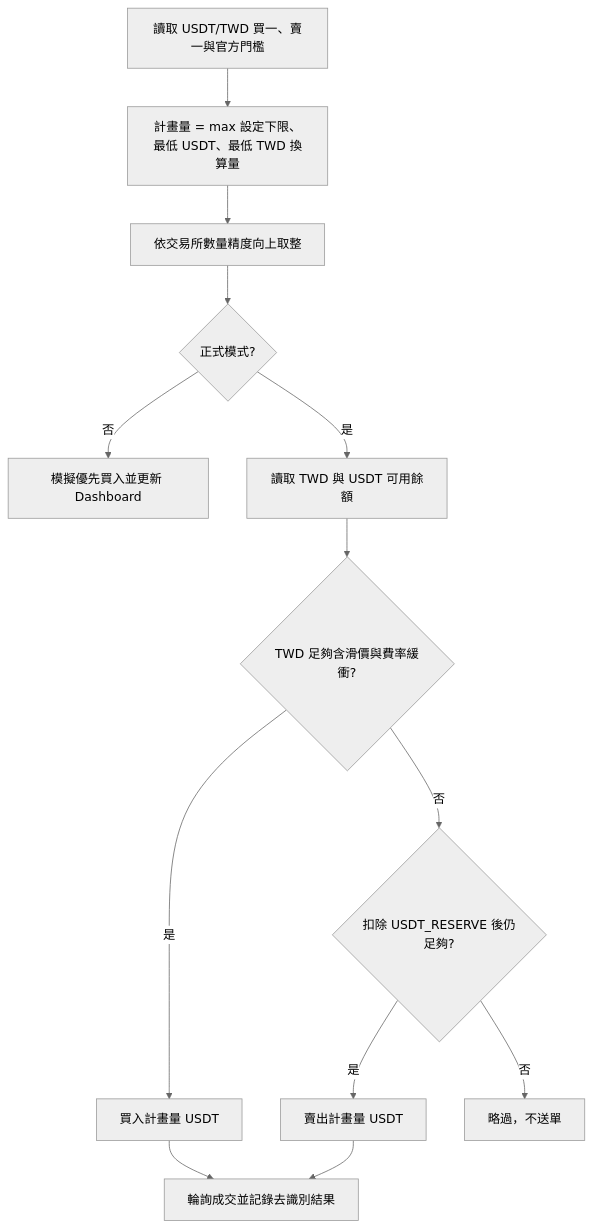
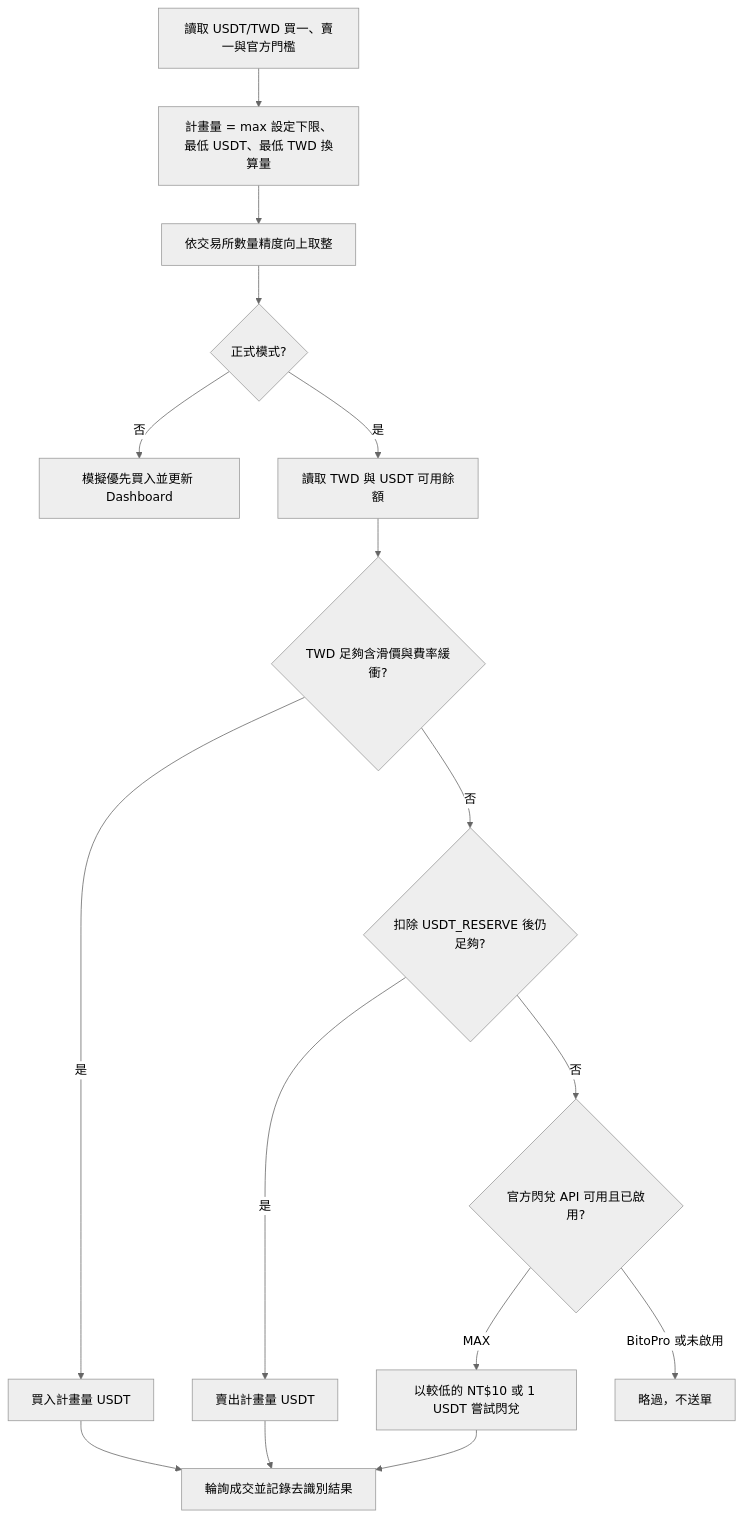
One commit to ChiJiun/usdt-invoice-pulse changed the first of 2 diagrams in README.md. Above: the diagram before and after it, drawn with Mermaid (neutral theme). The commit also changed other lines of this file and 12 other files, not shown here.

````diff
--- a/README.md
+++ b/README.md
@@ -50,15 +51,18 @@
 ```mermaid
 flowchart TD
   A[讀取 USDT/TWD 買一、賣一與官方門檻] --> B[計畫量 = max 設定下限、最低 USDT、最低 TWD 換算量]
   B --> C[依交易所數量精度向上取整]
   C --> D{正式模式?}
   D -->|否| E[模擬優先買入並更新 Dashboard]
   D -->|是| F[讀取 TWD 與 USDT 可用餘額]
   F --> G{TWD 足夠含滑價與費率緩衝?}
   G -->|是| H[買入計畫量 USDT]
   G -->|否| I{扣除 USDT_RESERVE 後仍足夠?}
   I -->|是| J[賣出計畫量 USDT]
-  I -->|否| K[略過，不送單]
+  I -->|否| K{官方閃兌 API 可用且已啟用?}
+  K -->|MAX| M[以較低的 NT$10 或 1 USDT 嘗試閃兌]
+  K -->|BitoPro 或未啟用| N[略過，不送單]
   H --> L[輪詢成交並記錄去識別結果]
   J --> L
+  M --> L
 ```
````
